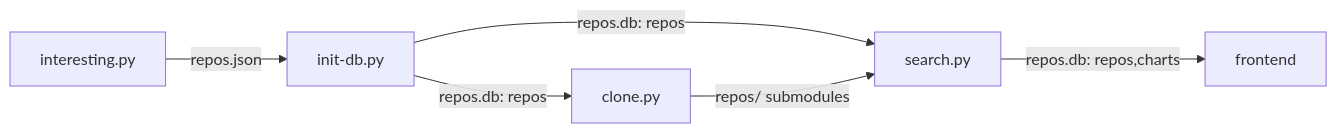
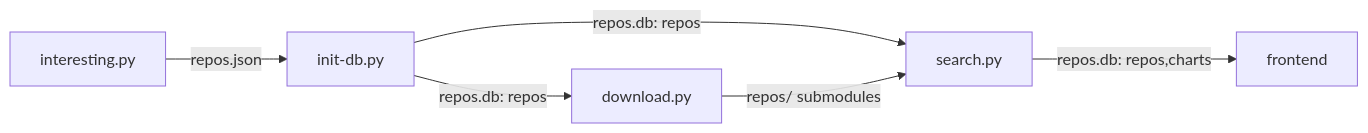
Before and after one commit to whazor/k8s-at-home-search: the diagram in README.md, drawn with Mermaid. The commit also changed other lines of this file and 5 other files, not shown here.

````diff
--- a/README.md
+++ b/README.md
@@ -14,9 +14,9 @@
 ```mermaid
 graph LR
     I[interesting.py]
     I-->|repos.json|Init[init-db.py]
-    Init-->|repos.db: repos|clone[clone.py]
+    Init-->|repos.db: repos|download[download.py]
     Init-->|repos.db: repos|search
-    clone-->|repos/ submodules|search[search.py]
+    download-->|repos/ submodules|search[search.py]
     search-->|repos.db: repos,charts|frontend
 ```
````
